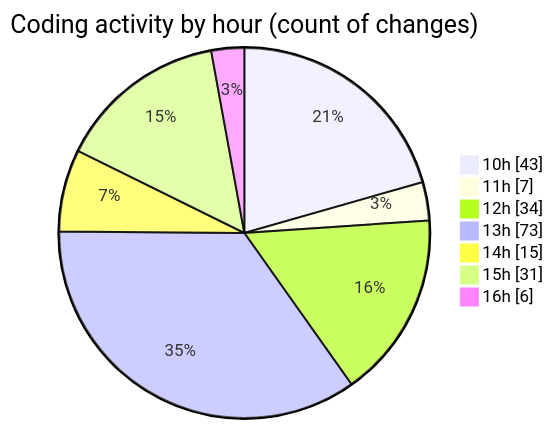
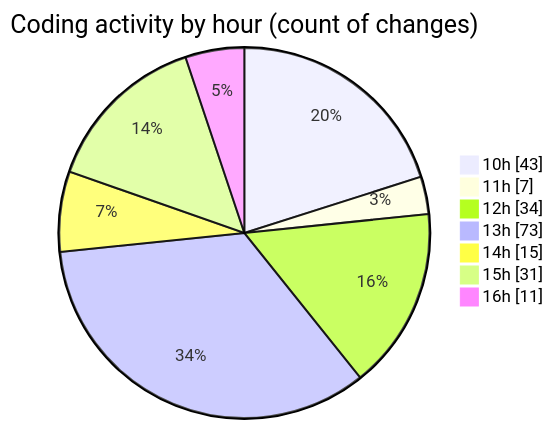
One commit to momahboobian/code-tracking changed the second of 2 diagrams in 2025-10-29/cda/README.md. Above: the diagram before and after it, drawn with Mermaid. The commit also changed other lines of this file and 1 other file, not shown here.

````diff
--- a/2025-10-29/cda/README.md
+++ b/2025-10-29/cda/README.md
@@ -54,11 +54,11 @@
 ```mermaid
 pie showData
 title Coding activity by hour (count of changes)
 "10h" : 43
 "11h" : 7
 "12h" : 34
 "13h" : 73
 "14h" : 15
 "15h" : 31
-"16h" : 6
+"16h" : 11
 ```
````
